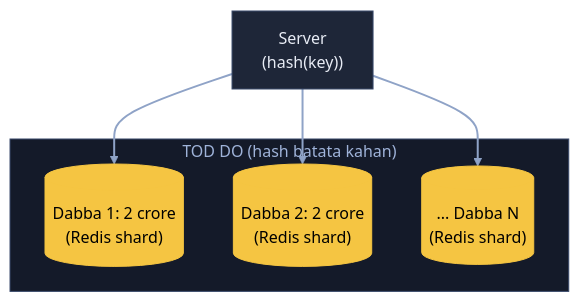
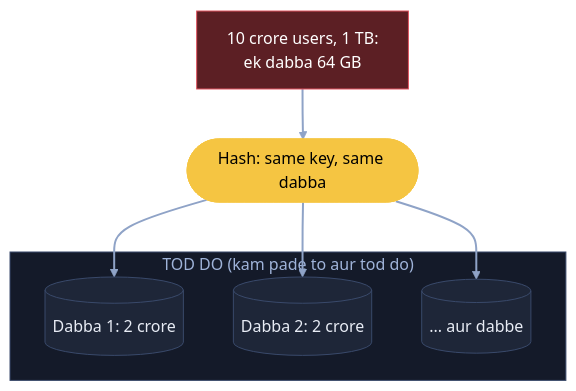
The third of 6 diagrams in 04_HLD/SYSTEM_DESIGNS/10_distributed_cache/10_distributed_cache.md (ArpanMaheshwari144/Prep), drawn with Mermaid (base theme) before and after one commit. The commit also changed other lines of this file, not shown here.

Commit message:
Cache: 6 diagram hand notes ke shabdon se (K4 ring pehle se)

````diff
--- a/04_HLD/SYSTEM_DESIGNS/10_distributed_cache/10_distributed_cache.md
+++ b/04_HLD/SYSTEM_DESIGNS/10_distributed_cache/10_distributed_cache.md
@@ -91,18 +93,20 @@
 ```mermaid
 flowchart TB
-    S["Server<br/>(hash(key))"]:::card
-    subgraph TD["TOD DO (hash batata kahan)"]
-        M1[("Dabba 1: 2 crore<br/>(Redis shard)")]:::pill
-        M2[("Dabba 2: 2 crore<br/>(Redis shard)")]:::pill
-        MN[("... Dabba N<br/>(Redis shard)")]:::pill
+    X["10 crore users, 1 TB:<br/>ek dabba 64 GB"]:::bad
+    H(["Hash: same key, same dabba"]):::pill
+    subgraph TD["TOD DO (kam pade to aur tod do)"]
+        M1[("Dabba 1: 2 crore")]:::card
+        M2[("Dabba 2: 2 crore")]:::card
+        MN[("... aur dabbe")]:::card
     end
-    S --> M1
-    S --> M2
-    S --> MN
+    X --> H
+    H --> M1
+    H --> M2
+    H --> MN
     linkStyle default stroke:#8fa3c7,stroke-width:2px
     classDef card fill:#1e2638,stroke:#3a4a6b,color:#e8ecf5
     classDef pill fill:#f5c542,stroke:#f5c542,color:#000
     classDef good fill:#2e7d4f,stroke:#3fbf6f,color:#fff
     classDef bad fill:#5c1f24,stroke:#e05561,color:#fff
     style TD fill:#141a29,stroke:#3a4a6b,color:#9fb3d9
 ```
````
